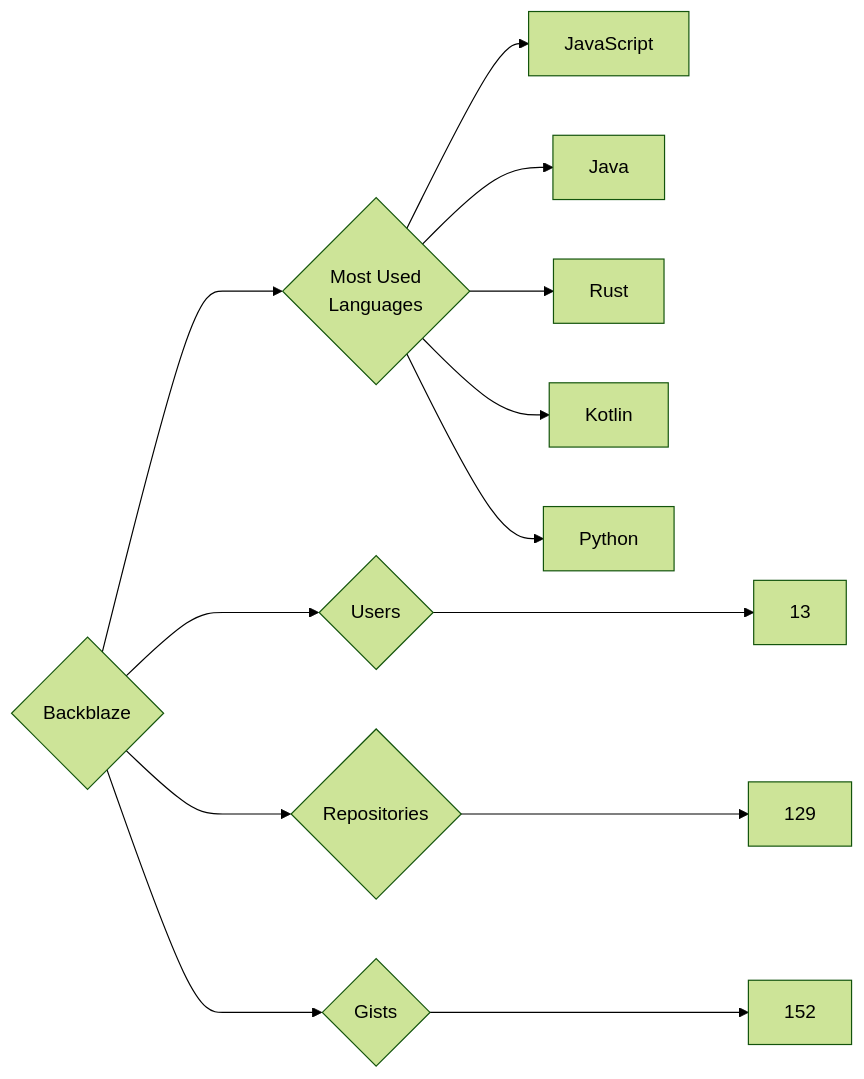
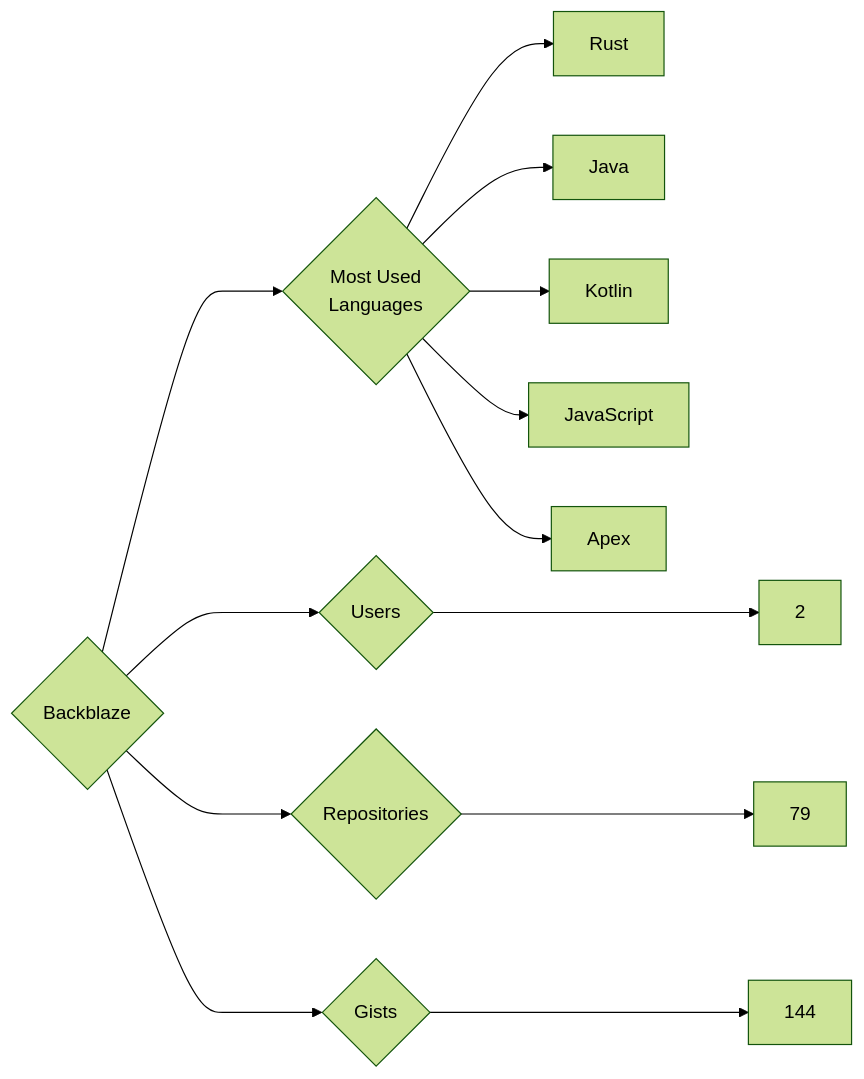
One commit to trickest/insiders changed the diagram in targets/Backblaze/README.md. Above: the diagram before and after it, drawn with Mermaid (forest theme). The commit also changed 873 other files, not shown here.

````diff
--- a/targets/Backblaze/README.md
+++ b/targets/Backblaze/README.md
@@ -3,13 +3,13 @@
 ```mermaid
 graph LR
 COMPANY_NAME{Backblaze}
-COMPANY_NAME ---> U{Users} ---> UN[13]
-COMPANY_NAME ---> R{Repositories} ---> RN[129]
-COMPANY_NAME ---> G{Gists} ---> GN[152]
+COMPANY_NAME ---> U{Users} ---> UN[2]
+COMPANY_NAME ---> R{Repositories} ---> RN[79]
+COMPANY_NAME ---> G{Gists} ---> GN[144]
 COMPANY_NAME ---> ML{Most Used<br>Languages}
+ML --> Rust[Rust]
+ML --> Java[Java]
+ML --> Kotlin[Kotlin]
 ML --> JavaScript[JavaScript]
-ML --> Java[Java]
-ML --> Rust[Rust]
-ML --> Kotlin[Kotlin]
-ML --> Python[Python]
+ML --> Apex[Apex]
 ```
````
